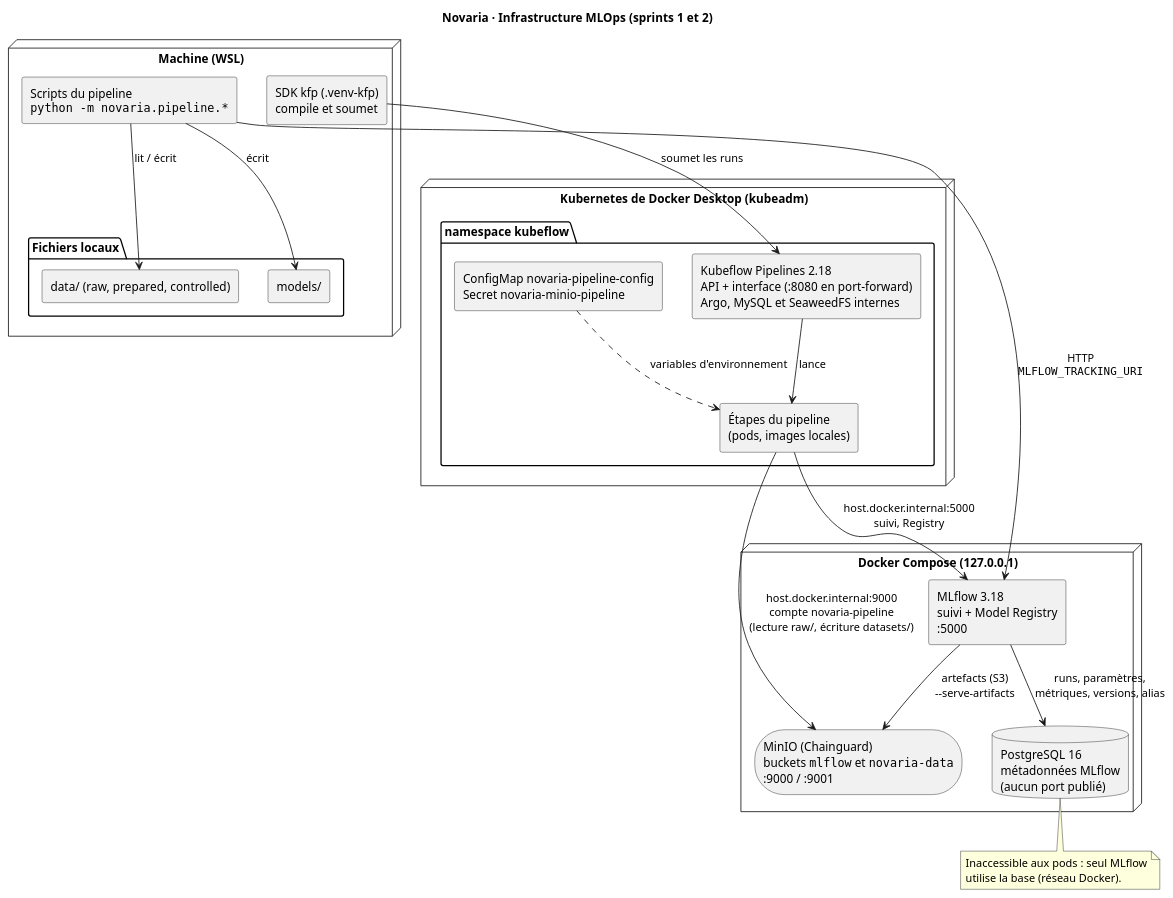
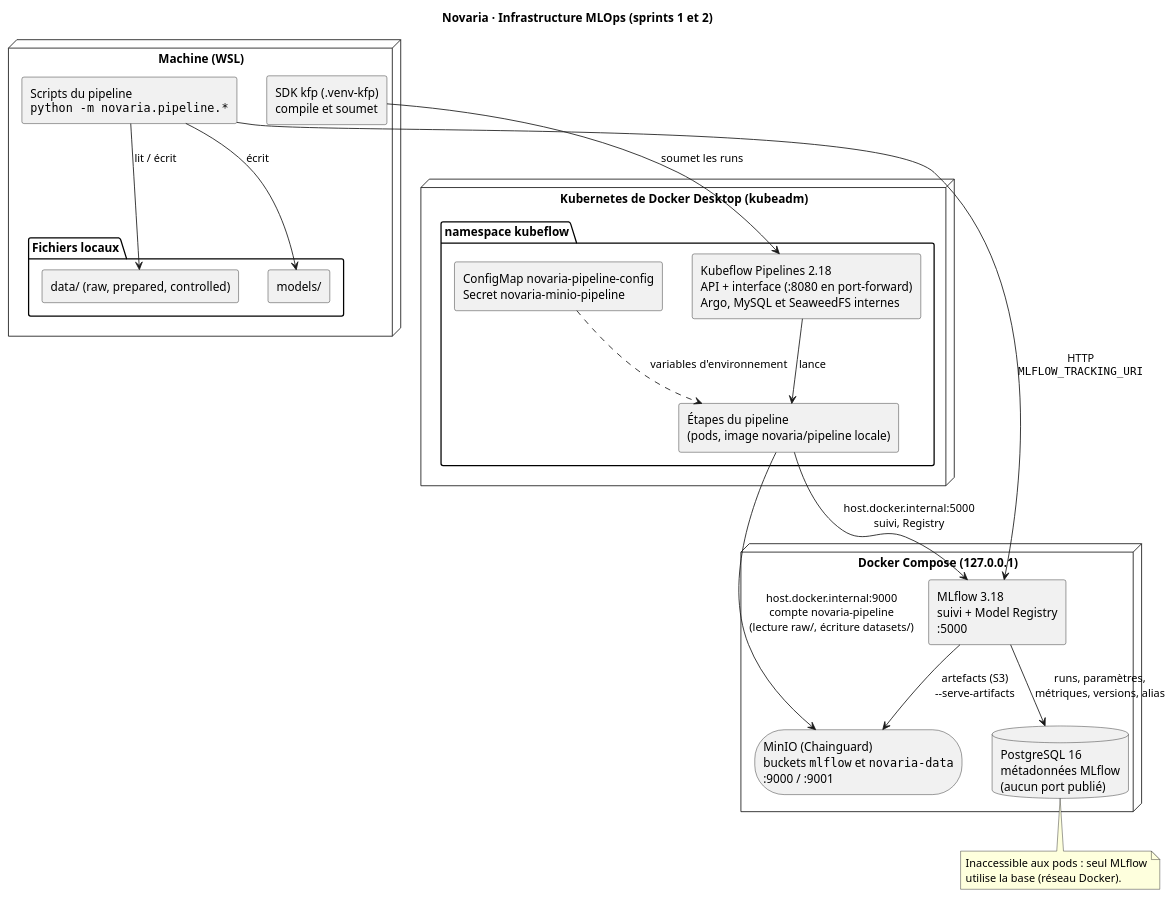
Before and after one commit to TsioryRobson/smart-city: the second of 3 diagrams in docs/workflow.puml, drawn with PlantUML. The commit also changed other lines of this file and 24 other files, not shown here.

```diff
--- a/docs/workflow.puml
+++ b/docs/workflow.puml
@@ -120,47 +121,47 @@
 @startuml infrastructure
 ' Composants de l'infrastructure (sprints 1 et 2) et leurs échanges.
 title Novaria · Infrastructure MLOps (sprints 1 et 2)
 
 skinparam shadowing false
 skinparam defaultFontName Arial
 skinparam componentStyle rectangle
 
 node "Machine (WSL)" {
   component "Scripts du pipeline\n""python -m novaria.pipeline.*""" as scripts
   component "SDK kfp (.venv-kfp)\ncompile et soumet" as sdk
   folder "Fichiers locaux" {
     [data/ (raw, prepared, controlled)] as data
     [models/] as models
   }
 }
 
 node "Docker Compose (127.0.0.1)" {
   component "MLflow 3.18\nsuivi + Model Registry\n:5000" as mlflow
   database "PostgreSQL 16\nmétadonnées MLflow\n(aucun port publié)" as postgres
   storage "MinIO (Chainguard)\nbuckets ""mlflow"" et ""novaria-data""\n:9000 / :9001" as minio
 }
 
 node "Kubernetes de Docker Desktop (kubeadm)" {
   package "namespace kubeflow" {
     component "Kubeflow Pipelines 2.18\nAPI + interface (:8080 en port-forward)\nArgo, MySQL et SeaweedFS internes" as kfp
-    component "Étapes du pipeline\n(pods, images locales)" as steps
+    component "Étapes du pipeline\n(pods, image novaria/pipeline locale)" as steps
     [ConfigMap novaria-pipeline-config\nSecret novaria-minio-pipeline] as config
   }
 }
 
 scripts --> data : lit / écrit
 scripts --> models : écrit
 scripts --> mlflow : HTTP\n""MLFLOW_TRACKING_URI""
 sdk --> kfp : soumet les runs
 kfp --> steps : lance
 config ..> steps : variables d'environnement
 steps --> mlflow : host.docker.internal:5000\nsuivi, Registry
 steps --> minio : host.docker.internal:9000\ncompte novaria-pipeline\n(lecture raw/, écriture datasets/)
 mlflow --> postgres : runs, paramètres,\nmétriques, versions, alias
 mlflow --> minio : artefacts (S3)\n--serve-artifacts
 
 note bottom of postgres
   Inaccessible aux pods : seul MLflow
   utilise la base (réseau Docker).
 end note
 @enduml
```
